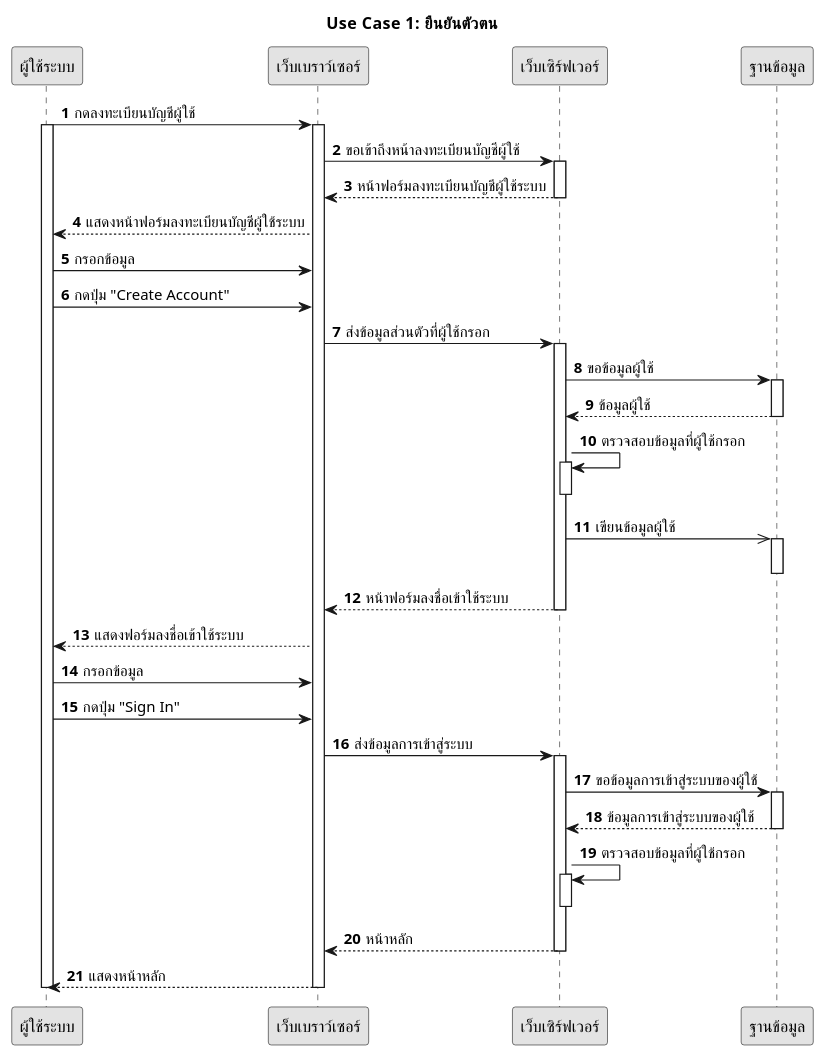
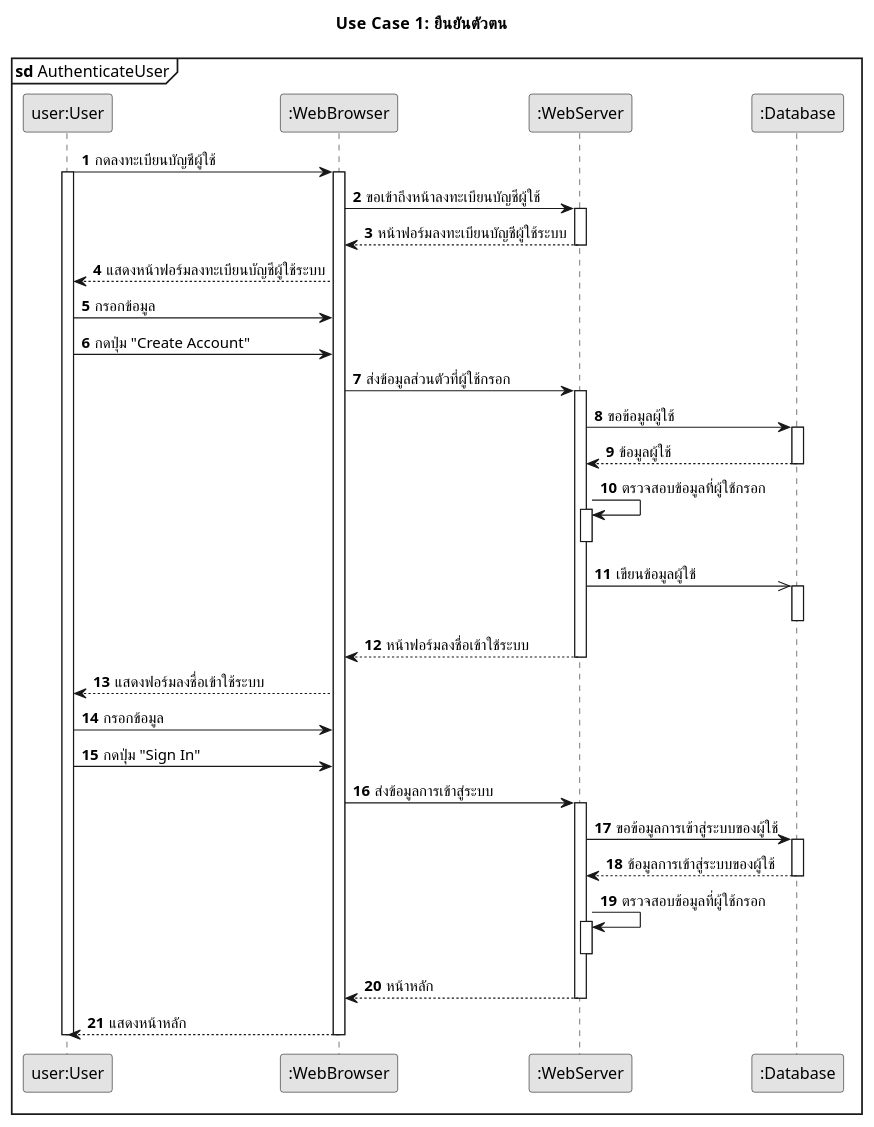
The diagram in design/diagrams/sequence/aqkids-sequences-uc-1.puml (SaluteKevin/AQkid), drawn with PlantUML before and after one commit. The commit also changed 8 other files, not shown here.

```diff
--- a/design/diagrams/sequence/aqkids-sequences-uc-1.puml
+++ b/design/diagrams/sequence/aqkids-sequences-uc-1.puml
@@ -1,54 +1,55 @@
 @startuml
 skinparam monochrome true
 skinparam defaultFontName Sarabun
 autonumber
 
 title Use Case 1: ยืนยันตัวตน
+mainframe **sd** AuthenticateUser
 
-participant "ผู้ใช้ระบบ" as User
-participant "เว็บเบราว์เซอร์" as Browser
-participant "เว็บเซิร์ฟเวอร์" as Server
-participant "ฐานข้อมูล" as Database
+participant "user:User" as User
+participant ":WebBrowser" as Browser
+participant ":WebServer" as Server
+participant ":Database" as Database
 
 User -> Browser: กดลงทะเบียนบัญชีผู้ใช้
 activate User
 activate Browser
 Browser -> Server: ขอเข้าถึงหน้าลงทะเบียนบัญชีผู้ใช้
 activate Server
 Server --> Browser: หน้าฟอร์มลงทะเบียนบัญชีผู้ใช้ระบบ
 deactivate Server
 Browser --> User: แสดงหน้าฟอร์มลงทะเบียนบัญชีผู้ใช้ระบบ
 User -> Browser: กรอกข้อมูล
 User -> Browser: กดปุ่ม "Create Account"
 Browser -> Server: ส่งข้อมูลส่วนตัวที่ผู้ใช้กรอก
 activate Server
 Server -> Database: ขอข้อมูลผู้ใช้
 activate Database
 Database --> Server: ข้อมูลผู้ใช้
 deactivate Database
 Server -> Server: ตรวจสอบข้อมูลที่ผู้ใช้กรอก
 activate Server
 deactivate Server
 Server ->> Database: เขียนข้อมูลผู้ใช้
 activate Database
 deactivate Database
 Server --> Browser: หน้าฟอร์มลงชื่อเข้าใช้ระบบ
 deactivate Server
 Browser --> User: แสดงฟอร์มลงชื่อเข้าใช้ระบบ
 User -> Browser: กรอกข้อมูล
 User -> Browser: กดปุ่ม "Sign In"
 Browser -> Server: ส่งข้อมูลการเข้าสู่ระบบ
 activate Server
 Server -> Database: ขอข้อมูลการเข้าสู่ระบบของผู้ใช้
 activate Database
 Database --> Server: ข้อมูลการเข้าสู่ระบบของผู้ใช้
 deactivate Database
 Server -> Server: ตรวจสอบข้อมูลที่ผู้ใช้กรอก
 activate Server
 deactivate Server
 Server --> Browser: หน้าหลัก
 deactivate Server
 Browser --> User: แสดงหน้าหลัก
 deactivate Browser
 deactivate User
 @enduml
```
